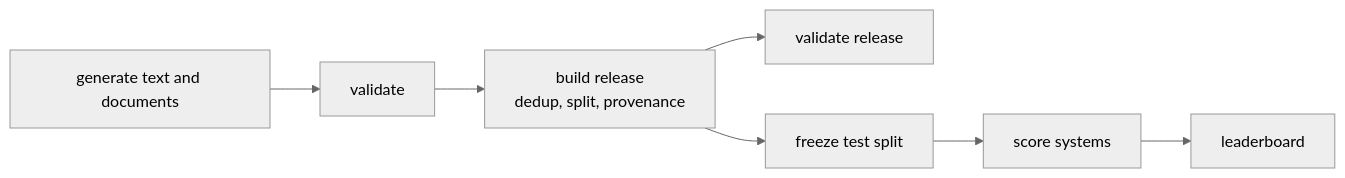
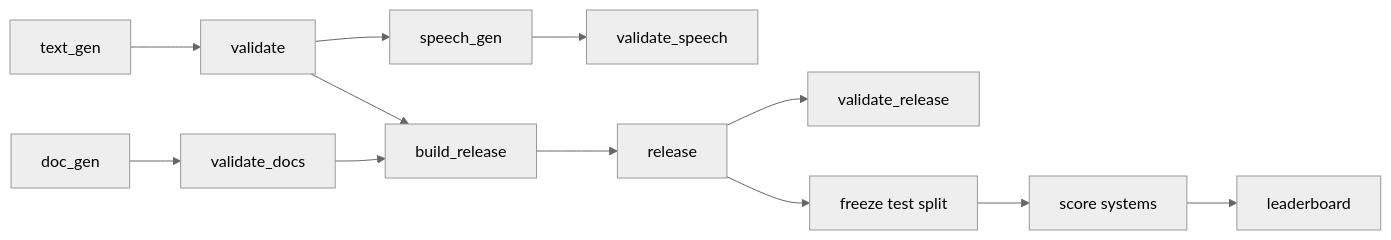
One commit to hussain-khalid/pii-dataset-toolkit changed the diagram in readme.md. Above: the diagram before and after it, drawn with Mermaid (neutral theme). The commit also changed other lines of this file and 2 other files, not shown here.

````diff
--- a/readme.md
+++ b/readme.md
@@ -38,9 +42,14 @@
 ```mermaid
 flowchart LR
-    A[generate text and documents] --> B[validate]
-    B --> C[build release<br/>dedup, split, provenance]
-    C --> D[validate release]
+    A[text_gen] --> V1[validate]
+    B[doc_gen] --> V2[validate_docs]
+    V1 --> BR[build_release]
+    V2 --> BR
+    V1 --> SG[speech_gen]
+    SG --> VS[validate_speech]
+    BR --> C[release]
+    C --> D[validate_release]
     C --> E[freeze test split]
     E --> F[score systems]
     F --> G[leaderboard]
 ```
````
